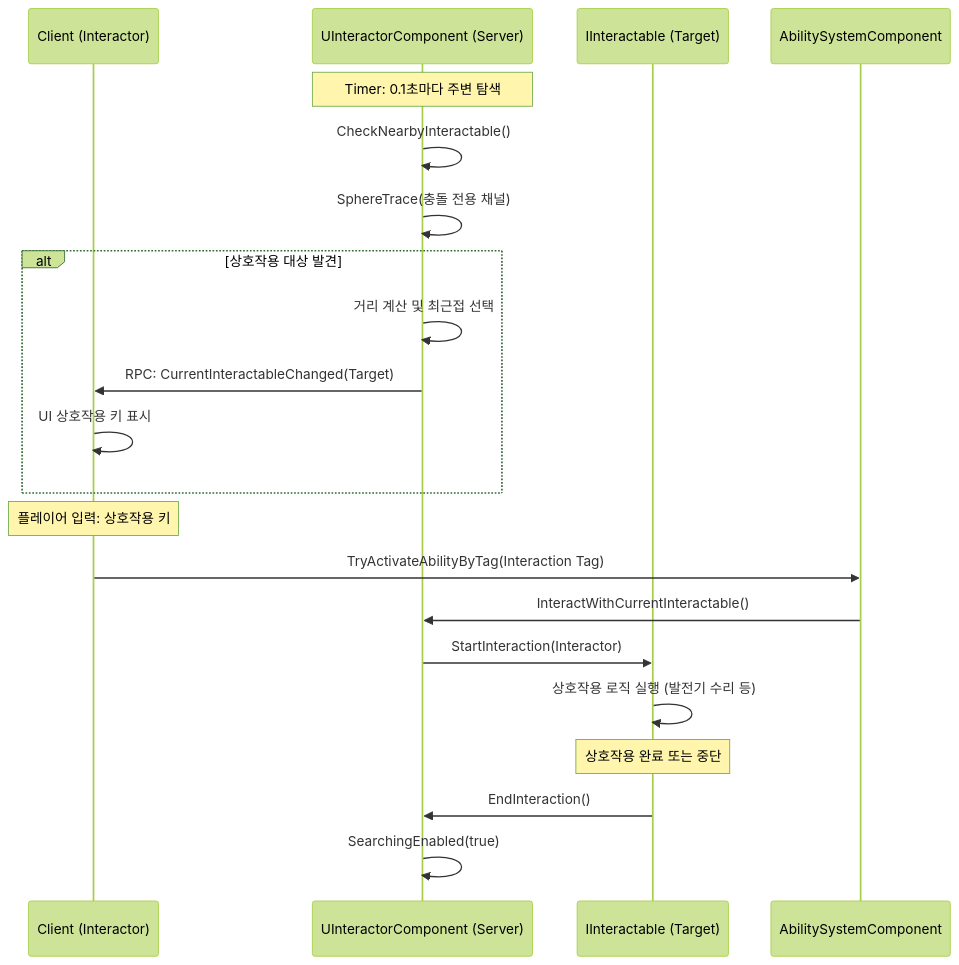
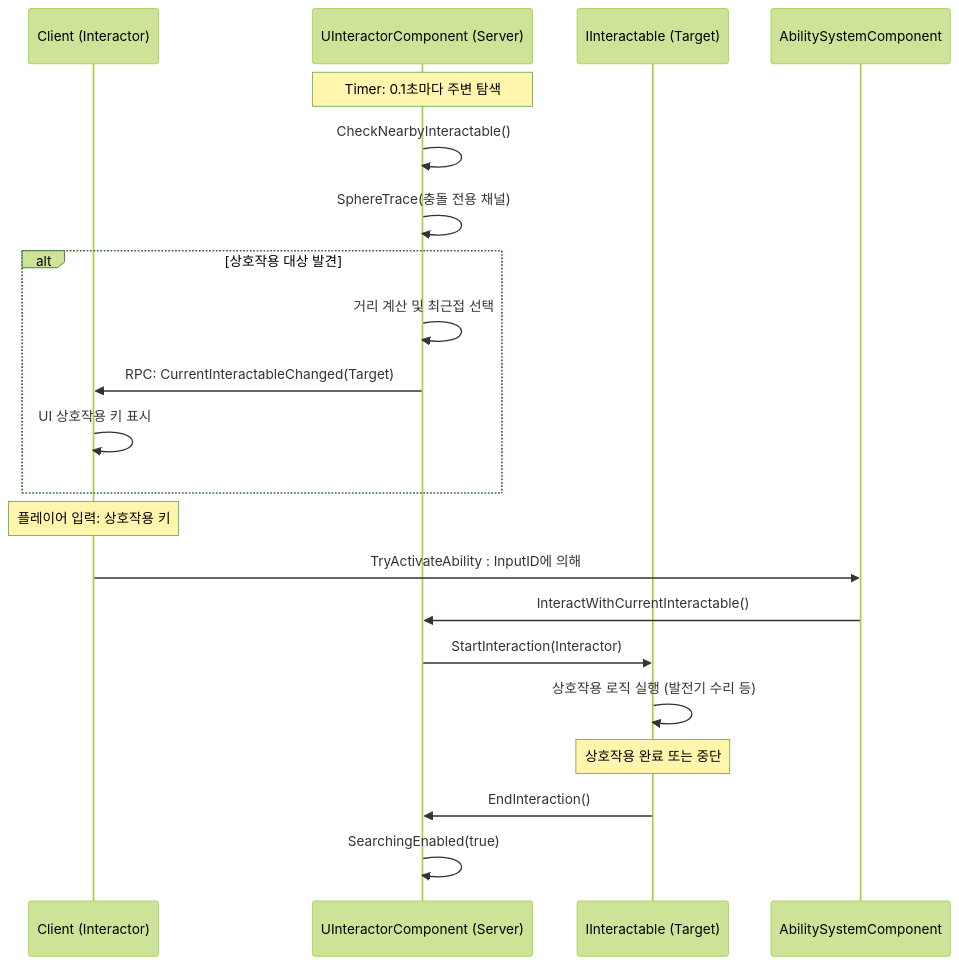
One commit to jms3230/DBDProject changed the ninth of 9 diagrams in README.md. Above: the diagram before and after it, drawn with Mermaid (forest theme).

Commit message:
Update interaction tag activation description in README

````diff
--- a/README.md
+++ b/README.md
@@ -527,27 +527,27 @@
 ```mermaid
 sequenceDiagram
     participant Client as Client (Interactor)
     participant Component as UInteractorComponent (Server)
     participant Interface as IInteractable (Target)
     participant ASC as AbilitySystemComponent
     
     Note over Component: Timer: 0.1초마다 주변 탐색
     Component->>Component: CheckNearbyInteractable()
     Component->>Component: SphereTrace(충돌 전용 채널)
     
     alt 상호작용 대상 발견
         Component->>Component: 거리 계산 및 최근접 선택
         Component->>Client: RPC: CurrentInteractableChanged(Target)
         Client->>Client: UI 상호작용 키 표시
     end
     
     Note over Client: 플레이어 입력: 상호작용 키
-    Client->>ASC: TryActivateAbilityByTag(Interaction Tag)
+    Client->>ASC: TryActivateAbility : InputID에 의해
     ASC->>Component: InteractWithCurrentInteractable()
     Component->>Interface: StartInteraction(Interactor)
     Interface->>Interface: 상호작용 로직 실행 (발전기 수리 등)
     
     Note over Interface: 상호작용 완료 또는 중단
     Interface->>Component: EndInteraction()
     Component->>Component: SearchingEnabled(true)
 ```
````
